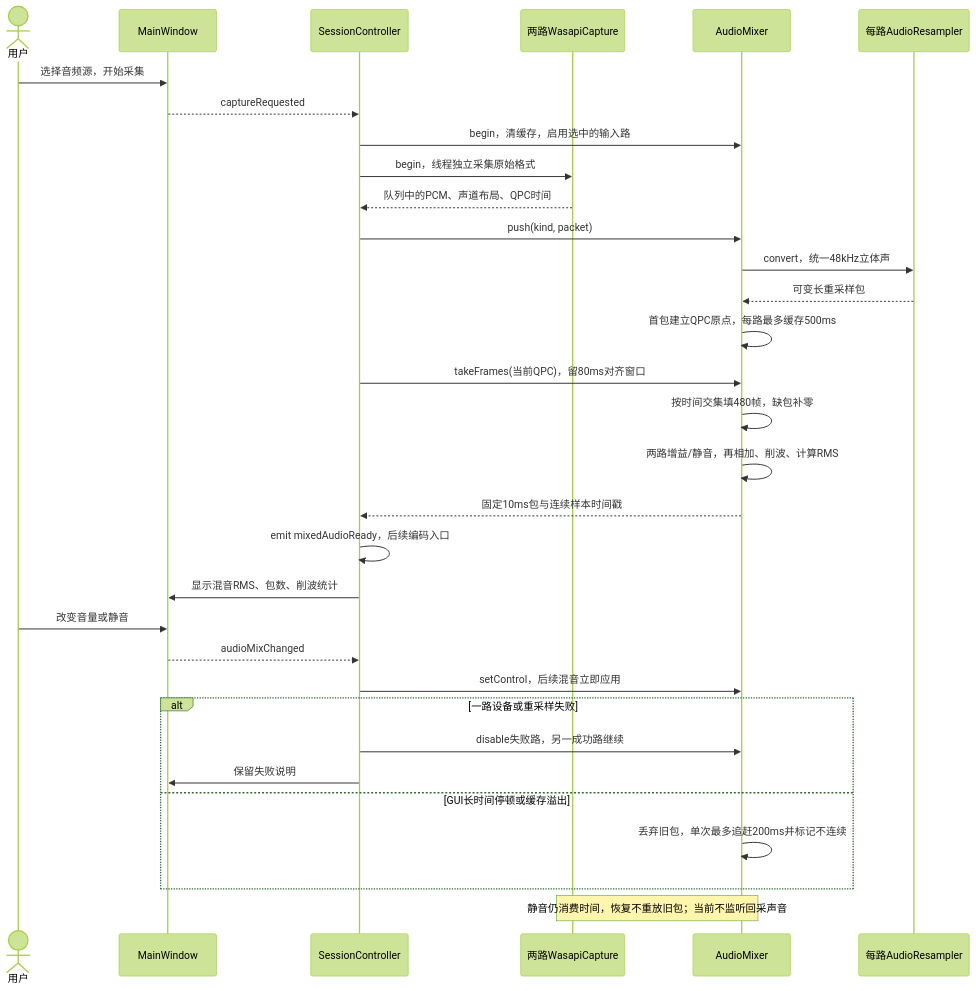
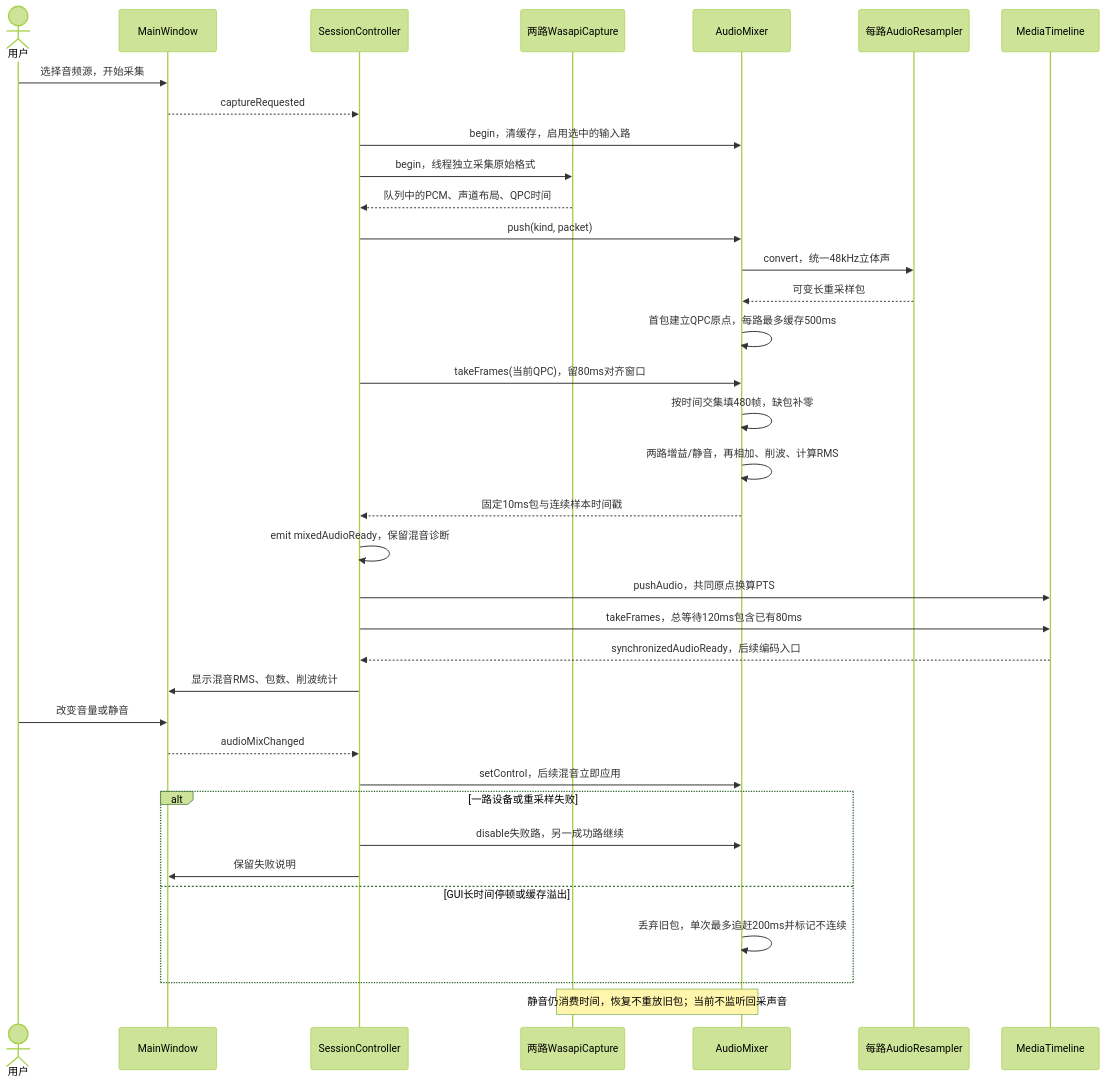
The diagram in docs/uml/audio-mix.mmd (kingsman-svg/OBS), drawn with Mermaid (forest theme) before and after one commit. The commit also changed 35 other files, not shown here.

Commit message:
Add shared audio-video timeline before encoding

```diff
--- a/docs/uml/audio-mix.mmd
+++ b/docs/uml/audio-mix.mmd
@@ -1,32 +1,36 @@
 sequenceDiagram
 actor U as 用户
 participant V as MainWindow
 participant C as SessionController
 participant W as 两路WasapiCapture
 participant M as AudioMixer
 participant R as 每路AudioResampler
+participant T as MediaTimeline
 U->>V: 选择音频源，开始采集
 V-->>C: captureRequested
 C->>M: begin，清缓存，启用选中的输入路
 C->>W: begin，线程独立采集原始格式
 W-->>C: 队列中的PCM、声道布局、QPC时间
 C->>M: push(kind, packet)
 M->>R: convert，统一48kHz立体声
 R-->>M: 可变长重采样包
 M->>M: 首包建立QPC原点，每路最多缓存500ms
 C->>M: takeFrames(当前QPC)，留80ms对齐窗口
 M->>M: 按时间交集填480帧，缺包补零
 M->>M: 两路增益/静音，再相加、削波、计算RMS
 M-->>C: 固定10ms包与连续样本时间戳
-C->>C: emit mixedAudioReady，后续编码入口
+C->>C: emit mixedAudioReady，保留混音诊断
+C->>T: pushAudio，共同原点换算PTS
+C->>T: takeFrames，总等待120ms包含已有80ms
+T-->>C: synchronizedAudioReady，后续编码入口
 C->>V: 显示混音RMS、包数、削波统计
 U->>V: 改变音量或静音
 V-->>C: audioMixChanged
 C->>M: setControl，后续混音立即应用
 alt 一路设备或重采样失败
 C->>M: disable失败路，另一成功路继续
 C->>V: 保留失败说明
 else GUI长时间停顿或缓存溢出
 M->>M: 丢弃旧包，单次最多追赶200ms并标记不连续
 end
 Note over W,M: 静音仍消费时间，恢复不重放旧包；当前不监听回采声音
```
